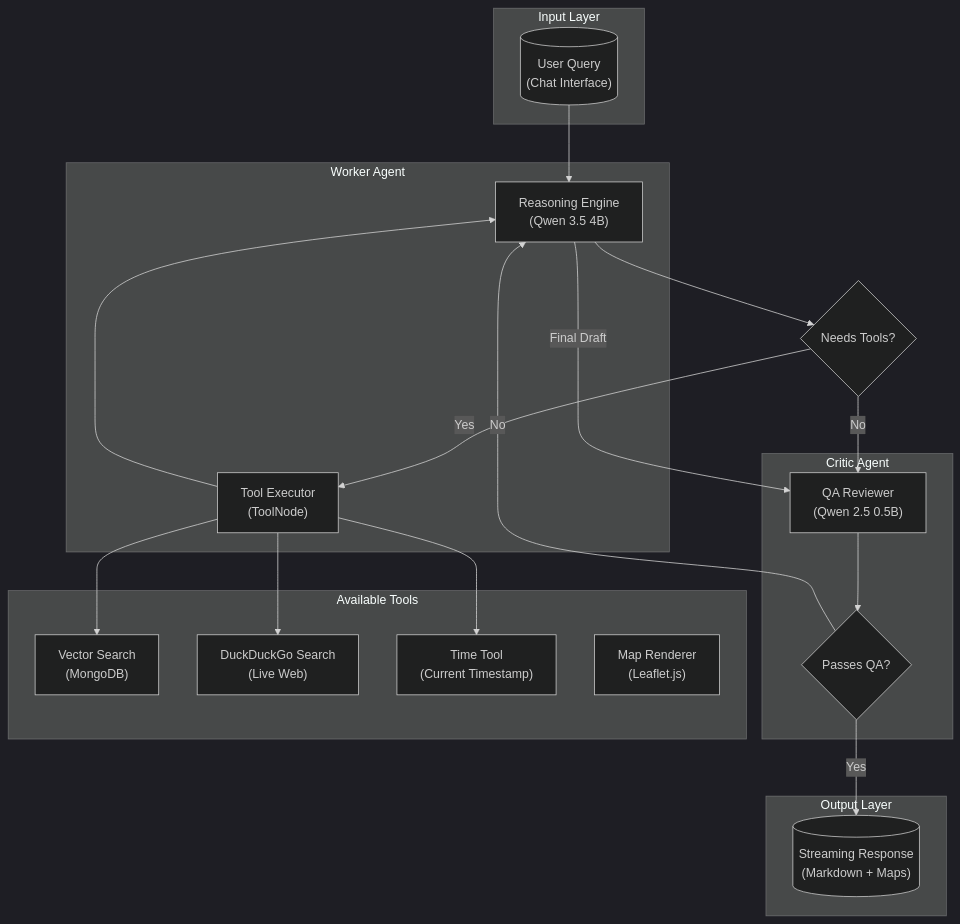
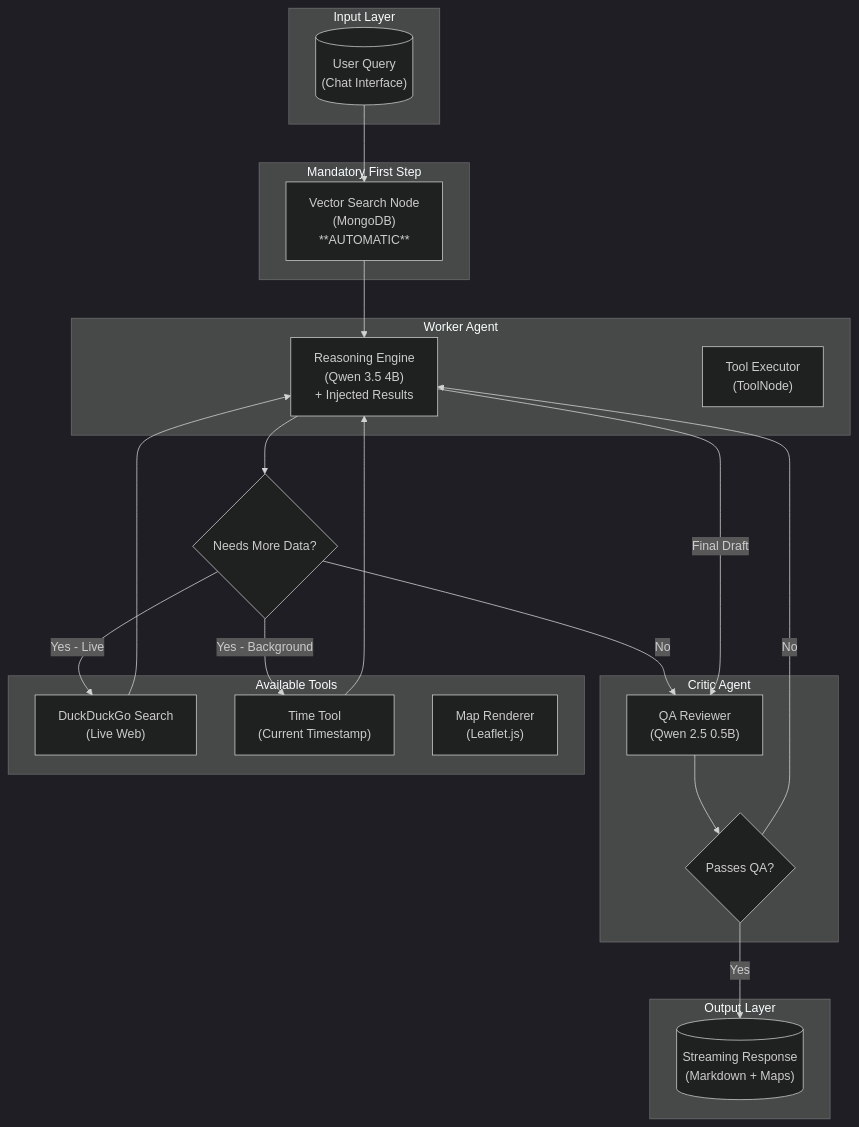
Before and after one commit to fbaierl/geo-vision-lab: the first of 7 diagrams in docs/agent_workflow.md, drawn with Mermaid. The commit also changed other lines of this file and 6 other files, not shown here.

Commit message:
vector search first; not tested

````diff
--- a/docs/agent_workflow.md
+++ b/docs/agent_workflow.md
@@ -14,41 +41,44 @@
 ```mermaid
 %%{init: {'theme': 'dark'}}%%
 graph TB
     subgraph Input["Input Layer"]
         UQ[("User Query<br/>(Chat Interface)")]
     end
 
+    subgraph Mandatory["Mandatory First Step"]
+        VS["Vector Search Node<br/>(MongoDB)<br/>**AUTOMATIC**"]
+    end
+
     subgraph Worker["Worker Agent"]
-        REASON["Reasoning Engine<br/>(Qwen 3.5 4B)"]
+        REASON["Reasoning Engine<br/>(Qwen 3.5 4B)<br/>+ Injected Results"]
         TOOLS["Tool Executor<br/>(ToolNode)"]
     end
 
     subgraph Critic["Critic Agent"]
         REVIEW["QA Reviewer<br/>(Qwen 2.5 0.5B)"]
         VALIDATE["Constraint Validator"]
     end
 
     subgraph Tools["Available Tools"]
-        VS["Vector Search<br/>(MongoDB)"]
         DDG["DuckDuckGo Search<br/>(Live Web)"]
         TIME["Time Tool<br/>(Current Timestamp)"]
         MAP["Map Renderer<br/>(Leaflet.js)"]
     end
 
     subgraph Output["Output Layer"]
         RESP[("Streaming Response<br/>(Markdown + Maps)")]
     end
 
-    UQ --> REASON
-    REASON --> DECIDE{Needs Tools?}
-    DECIDE -->|Yes| TOOLS
+    UQ --> VS
+    VS --> REASON
+    REASON --> DECIDE{Needs More Data?}
+    DECIDE -->|Yes - Live| DDG
+    DECIDE -->|Yes - Background| TIME
     DECIDE -->|No| REVIEW
-    TOOLS --> VS
-    TOOLS --> DDG
-    TOOLS --> TIME
-    TOOLS --> REASON
+    DDG --> REASON
+    TIME --> REASON
     REASON -->|Final Draft| REVIEW
     REVIEW --> VALIDATE{Passes QA?}
     VALIDATE -->|Yes| RESP
     VALIDATE -->|No| REASON
 ```
````
